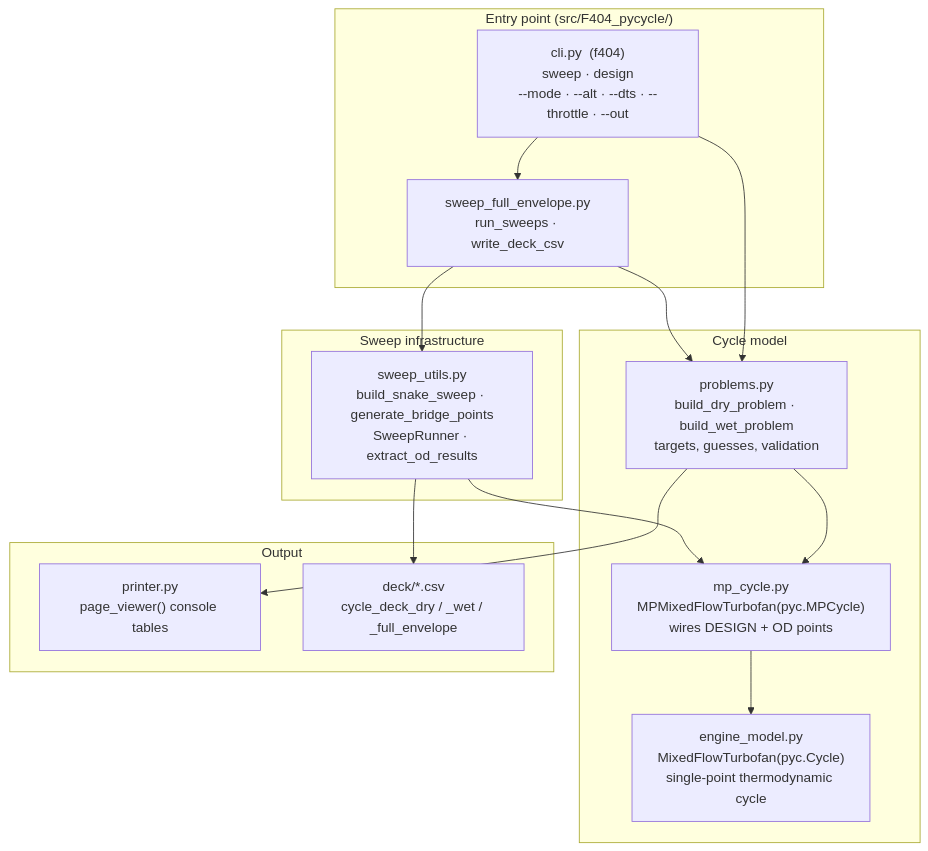
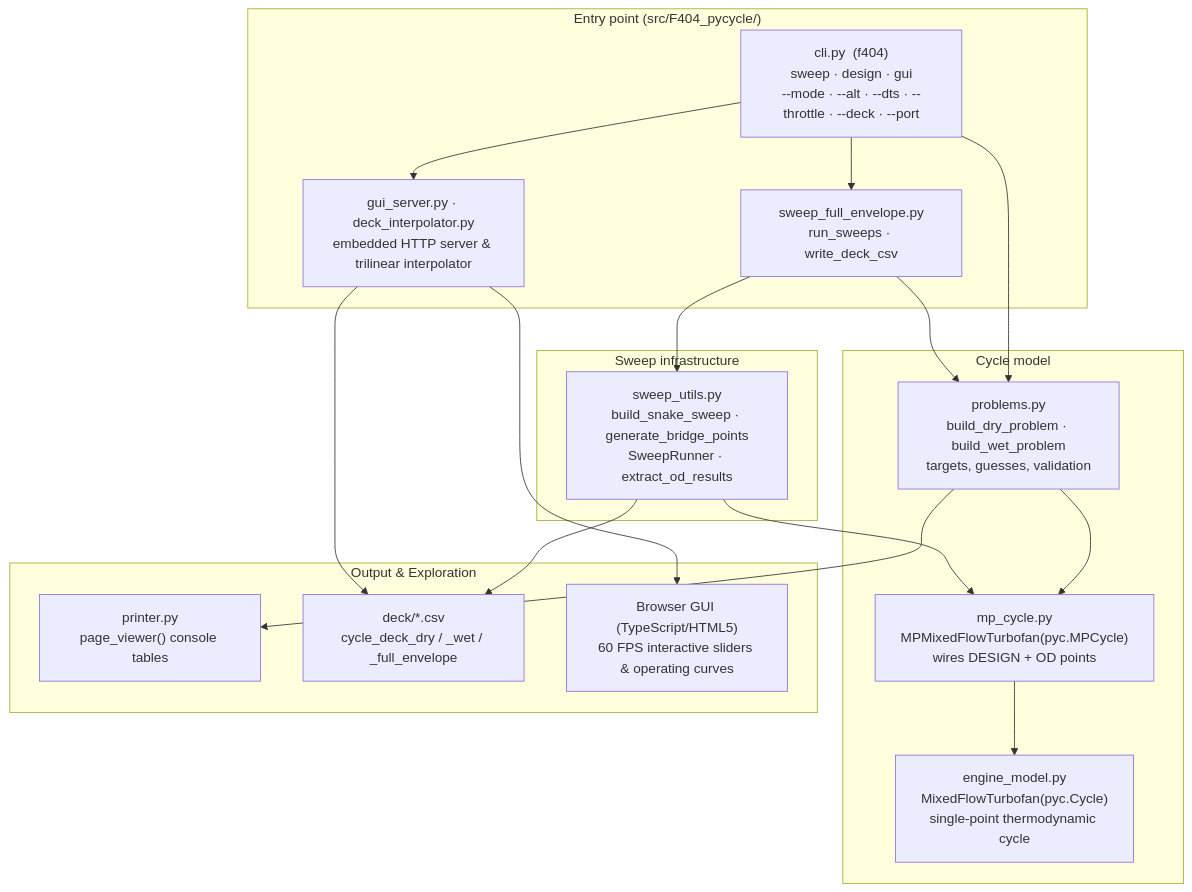
The diagram in README.md (Jhawk414/F404), drawn with Mermaid before and after one commit. The commit also changed other lines of this file and 1 other file, not shown here.

First line of the commit message:
docs: document f404 gui command and add session handoff note

````diff
--- a/README.md
+++ b/README.md
@@ -77,32 +80,37 @@
 ```mermaid
 flowchart TD
     subgraph Drivers["Entry point (src/F404_pycycle/)"]
-        CLI["cli.py  (f404)<br/>sweep · design<br/>--mode · --alt · --dts · --throttle · --out"]
+        CLI["cli.py  (f404)<br/>sweep · design · gui<br/>--mode · --alt · --dts · --throttle · --deck · --port"]
         A["sweep_full_envelope.py<br/>run_sweeps · write_deck_csv"]
+        GUI["gui_server.py · deck_interpolator.py<br/>embedded HTTP server & trilinear interpolator"]
     end
 
     subgraph Model["Cycle model"]
         B["problems.py<br/>build_dry_problem · build_wet_problem<br/>targets, guesses, validation"]
         C["mp_cycle.py<br/>MPMixedFlowTurbofan(pyc.MPCycle)<br/>wires DESIGN + OD points"]
         D["engine_model.py<br/>MixedFlowTurbofan(pyc.Cycle)<br/>single-point thermodynamic cycle"]
     end
 
     subgraph Sweep["Sweep infrastructure"]
         E["sweep_utils.py<br/>build_snake_sweep · generate_bridge_points<br/>SweepRunner · extract_od_results"]
     end
 
-    subgraph Output["Output"]
+    subgraph Output["Output & Exploration"]
         F["printer.py<br/>page_viewer() console tables"]
         G["deck/*.csv<br/>cycle_deck_dry / _wet / _full_envelope"]
+        H["Browser GUI (TypeScript/HTML5)<br/>60 FPS interactive sliders & operating curves"]
     end
 
     CLI --> A
     CLI --> B
+    CLI --> GUI
     A --> B
     B --> C
     C --> D
     B --> F
     A --> E
     E --> C
     E --> G
+    GUI --> G
+    GUI --> H
 ```
````
